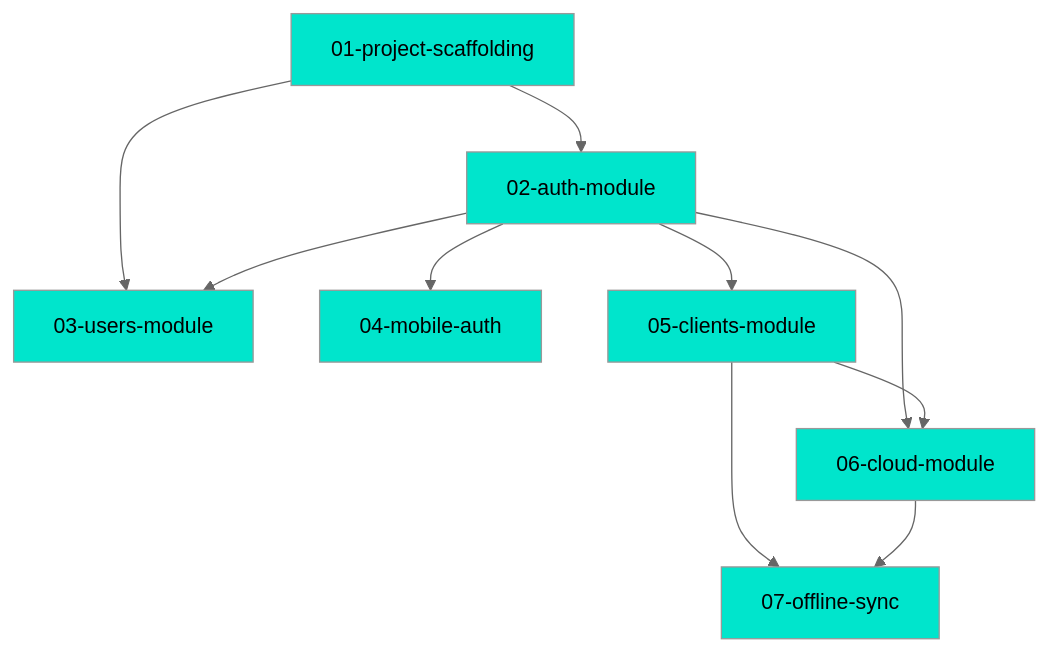
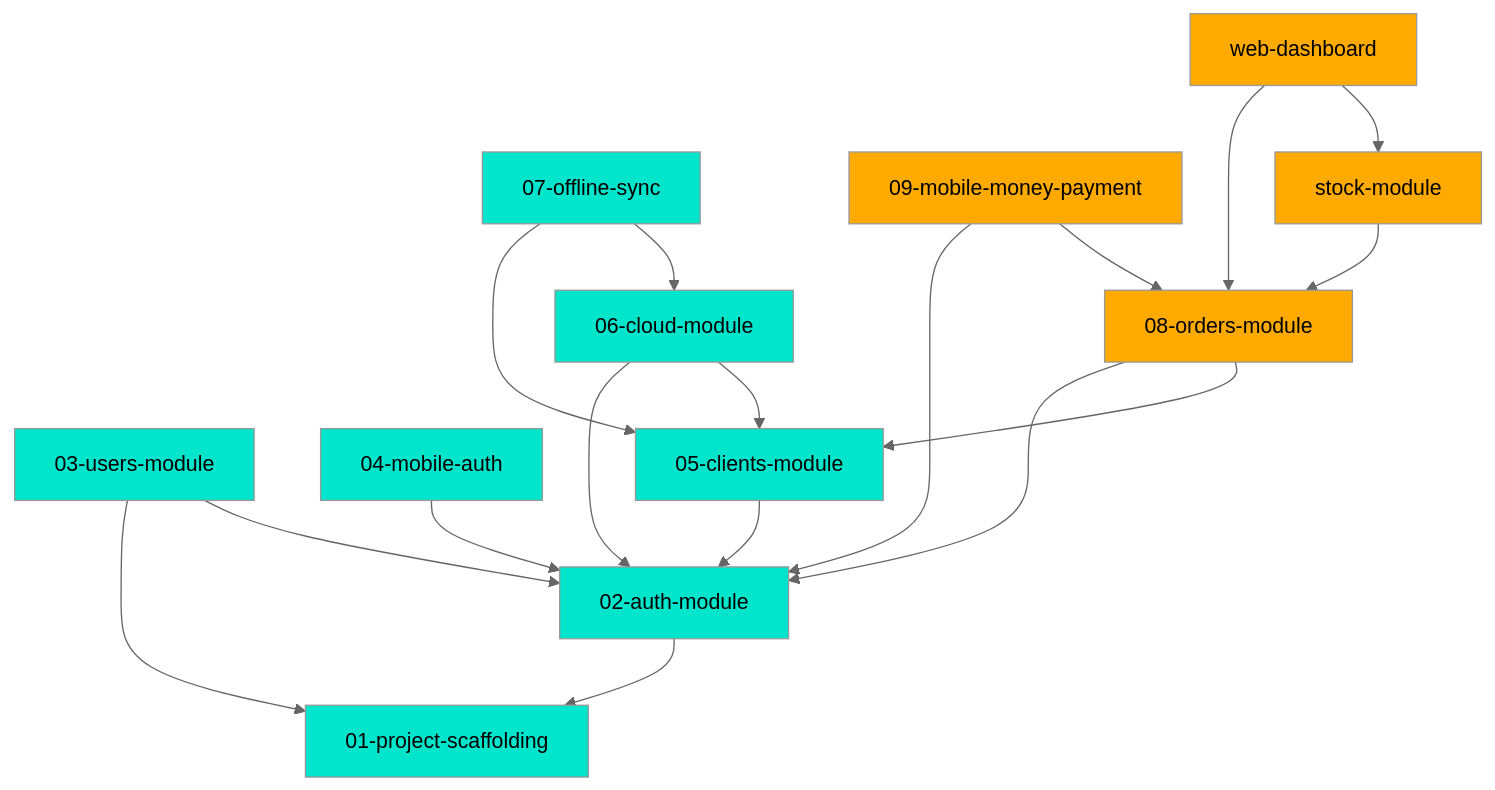
Before and after one commit to pgndiaye/PGN-CC-PROJETS: the diagram in .mdd/connections.md, drawn with Mermaid (neutral theme). The commit also changed other lines of this file, not shown here.

````diff
--- a/.mdd/connections.md
+++ b/.mdd/connections.md
@@ -28,25 +48,36 @@
 ```mermaid
 graph TD
-  s["01-project-scaffolding"]:::complete
-  auth["02-auth-module"]:::complete
-  users["03-users-module"]:::complete
-  mauth["04-mobile-auth"]:::complete
-  clients["05-clients-module"]:::complete
-  cloud["06-cloud-module"]:::complete
-  offline["07-offline-sync"]:::complete
+  d01["01-project-scaffolding"]:::complete
+  d02["02-auth-module"]:::complete
+  d03["03-users-module"]:::complete
+  d04["04-mobile-auth"]:::complete
+  d05["05-clients-module"]:::complete
+  d06["06-cloud-module"]:::complete
+  d07["07-offline-sync"]:::complete
+  d08["08-orders-module"]:::in_progress
+  d09["09-mobile-money-payment"]:::in_progress
+  d10["stock-module"]:::in_progress
+  d11["web-dashboard"]:::in_progress
 
-  s --> auth
-  s --> users
-  auth --> users
-  auth --> mauth
-  auth --> clients
-  auth --> cloud
-  clients --> cloud
-  clients --> offline
-  cloud --> offline
+  d02 --> d01
+  d03 --> d01
+  d03 --> d02
+  d04 --> d02
+  d05 --> d02
+  d06 --> d02
+  d06 --> d05
+  d07 --> d05
+  d07 --> d06
+  d08 --> d02
+  d08 --> d05
+  d09 --> d02
+  d09 --> d08
+  d10 --> d08
+  d11 --> d08
+  d11 --> d10
 
   classDef complete fill:#00e5cc,color:#000
   classDef in_progress fill:#ffaa00,color:#000
   classDef draft fill:#888,color:#fff
   classDef deprecated fill:#555,color:#aaa
 ```
````
